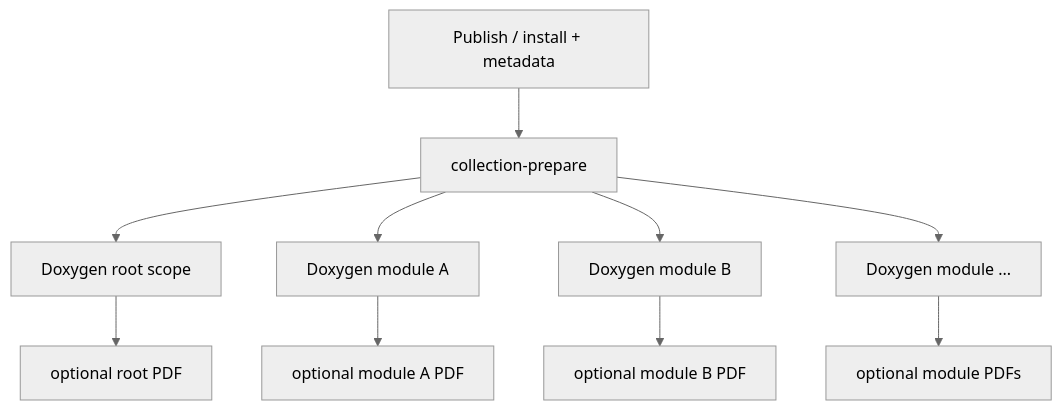
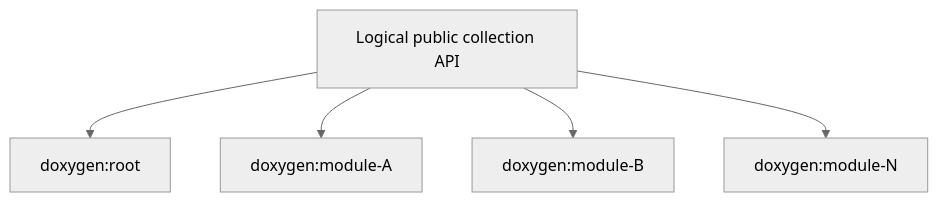
One commit to adeccscholar/BuildEngine-Admin changed the third of 3 diagrams in admin/server-docs/documentation.md. Above: the diagram before and after it, drawn with Mermaid (neutral theme). The commit also changed other lines of this file, not shown here.

Commit message:
Align public documentation contract with current collection model

````diff
--- a/admin/server-docs/documentation.md
+++ b/admin/server-docs/documentation.md
@@ -265,12 +125,7 @@
 ```mermaid
 flowchart TD
-   P[Publish / install + metadata] --> C[collection-prepare]
-   C --> R[Doxygen root scope]
-   C --> A[Doxygen module A]
-   C --> B[Doxygen module B]
-   C --> N[Doxygen module ...]
-   R --> RP[optional root PDF]
-   A --> AP[optional module A PDF]
-   B --> BP[optional module B PDF]
-   N --> NP[optional module PDFs]
+   API[Logical public collection API] --> R[doxygen:root]
+   API --> A[doxygen:module-A]
+   API --> B[doxygen:module-B]
+   API --> N[doxygen:module-N]
 ```
````
